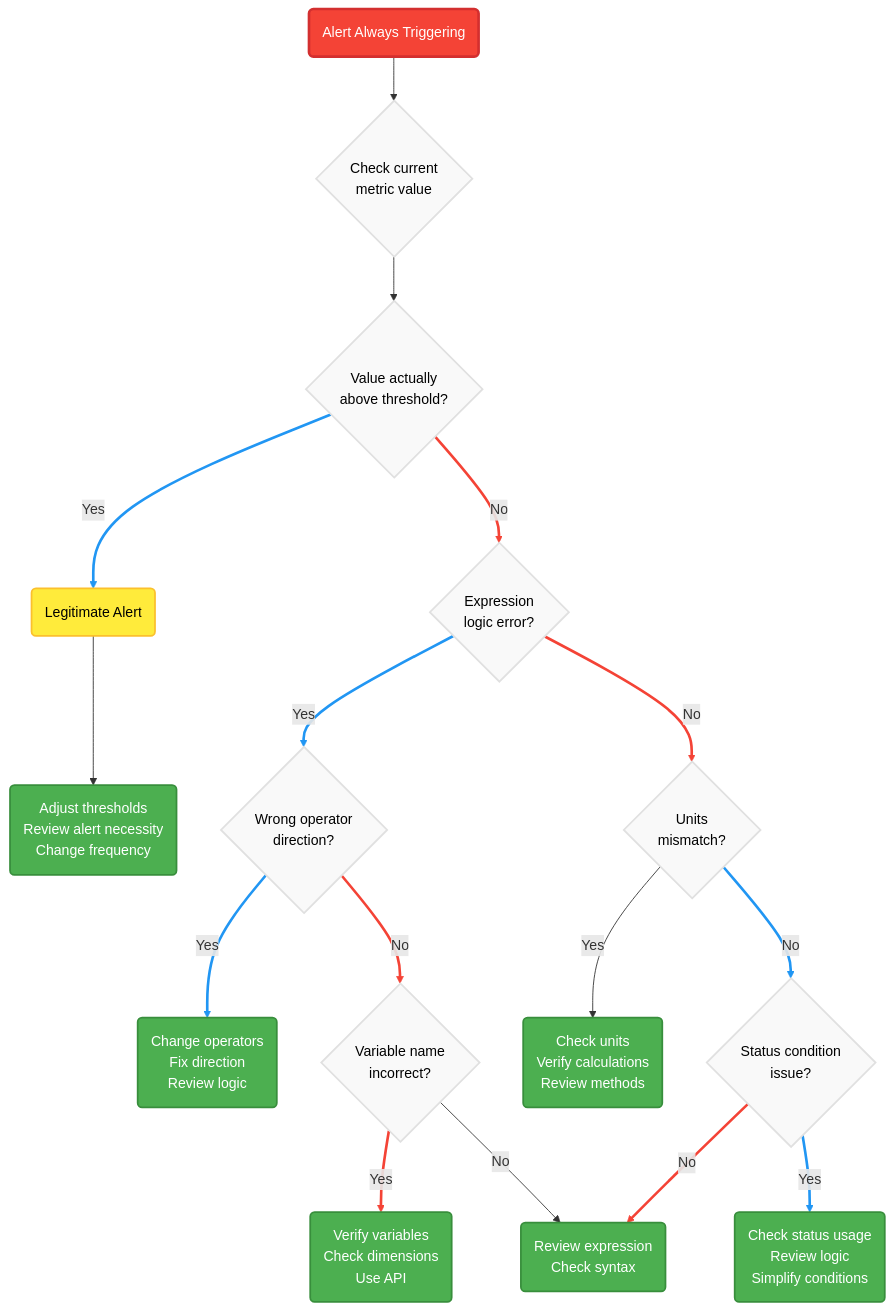
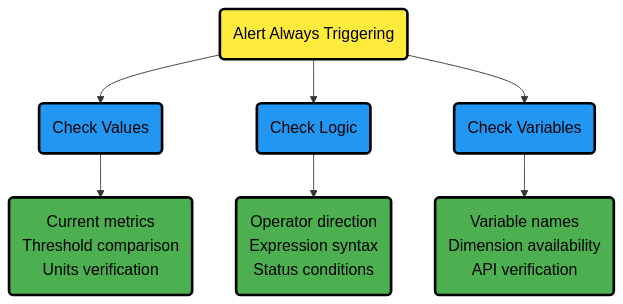
The second of 3 diagrams in src/health/REFERENCE.md (netdata/netdata), drawn with Mermaid before and after one commit. The commit also changed other lines of this file and 21 other files, not shown here.

Commit message:
Fix Mermaid diagrams across multiple files

````diff
--- a/src/health/REFERENCE.md
+++ b/src/health/REFERENCE.md
@@ -1422,53 +1385,21 @@
 ```mermaid
 flowchart TD
-    A("Alert Always Triggering") --> B{"Check current<br/>metric value"}
+    A("Alert Always Triggering") --> B("Check Values")
+    A --> C("Check Logic")
+    A --> D("Check Variables")
     
-    B --> C{"Value actually<br/>above threshold?"}
+    B --> B1("Current metrics<br/>Threshold comparison<br/>Units verification")
+    C --> C1("Operator direction<br/>Expression syntax<br/>Status conditions")
+    D --> D1("Variable names<br/>Dimension availability<br/>API verification")
     
-    C -->|Yes| D("Legitimate Alert")
-    C -->|No| E{"Expression<br/>logic error?"}
-    
-    D --> D1("Adjust thresholds<br/>Review alert necessity<br/>Change frequency")
-    
-    E -->|Yes| F{"Wrong operator<br/>direction?"}
-    E -->|No| G{"Units<br/>mismatch?"}
-    
-    F -->|Yes| F1("Change operators<br/>Fix direction<br/>Review logic")
-    F -->|No| H{"Variable name<br/>incorrect?"}
-    
-    G -->|Yes| G1("Check units<br/>Verify calculations<br/>Review methods")
-    G -->|No| I{"Status condition<br/>issue?"}
-    
-    H -->|Yes| H1("Verify variables<br/>Check dimensions<br/>Use API")
-    H -->|No| J("Review expression<br/>Check syntax")
-    
-    I -->|Yes| I1("Check status usage<br/>Review logic<br/>Simplify conditions")
-    I -->|No| J
-    
-    style A fill:#f44336,stroke:#d32f2f,stroke-width:3px,color:#fff
-    style D fill:#ffeb3b,stroke:#fbc02d,stroke-width:2px,color:#000
-    style B fill:#f9f9f9,stroke:#e0e0e0,stroke-width:2px,color:#000
-    style C fill:#f9f9f9,stroke:#e0e0e0,stroke-width:2px,color:#000
-    style E fill:#f9f9f9,stroke:#e0e0e0,stroke-width:2px,color:#000
-    style F fill:#f9f9f9,stroke:#e0e0e0,stroke-width:2px,color:#000
-    style G fill:#f9f9f9,stroke:#e0e0e0,stroke-width:2px,color:#000
-    style H fill:#f9f9f9,stroke:#e0e0e0,stroke-width:2px,color:#000
-    style I fill:#f9f9f9,stroke:#e0e0e0,stroke-width:2px,color:#000
-    style F1 fill:#4caf50,stroke:#388e3c,stroke-width:2px,color:#fff
-    style G1 fill:#4caf50,stroke:#388e3c,stroke-width:2px,color:#fff
-    style H1 fill:#4caf50,stroke:#388e3c,stroke-width:2px,color:#fff
-    style I1 fill:#4caf50,stroke:#388e3c,stroke-width:2px,color:#fff
-    style D1 fill:#4caf50,stroke:#388e3c,stroke-width:2px,color:#fff
-    style J fill:#4caf50,stroke:#388e3c,stroke-width:2px,color:#fff
-    
-    linkStyle 2 stroke:#2196F3,stroke-width:3px
-    linkStyle 3 stroke:#f44336,stroke-width:3px
-    linkStyle 5 stroke:#2196F3,stroke-width:3px
-    linkStyle 6 stroke:#f44336,stroke-width:3px
-    linkStyle 7 stroke:#2196F3,stroke-width:3px
-    linkStyle 8 stroke:#f44336,stroke-width:3px
-    linkStyle 10 stroke:#2196F3,stroke-width:3px
-    linkStyle 11 stroke:#f44336,stroke-width:3px
-    linkStyle 13 stroke:#2196F3,stroke-width:3px
-    linkStyle 14 stroke:#f44336,stroke-width:3px
+    %% Style definitions
+    classDef alert fill:#ffeb3b,stroke:#000000,stroke-width:3px,color:#000000,font-size:18px
+    classDef neutral fill:#f9f9f9,stroke:#000000,stroke-width:3px,color:#000000,font-size:18px
+    classDef complete fill:#4caf50,stroke:#000000,stroke-width:3px,color:#000000,font-size:18px
+    classDef database fill:#2196F3,stroke:#000000,stroke-width:3px,color:#000000,font-size:18px
+
+    %% Apply styles
+    class A alert
+    class B,C,D database
+    class B1,C1,D1 complete
 ```
````
